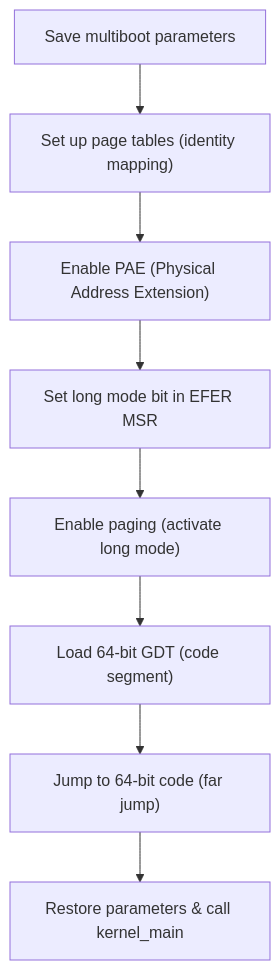
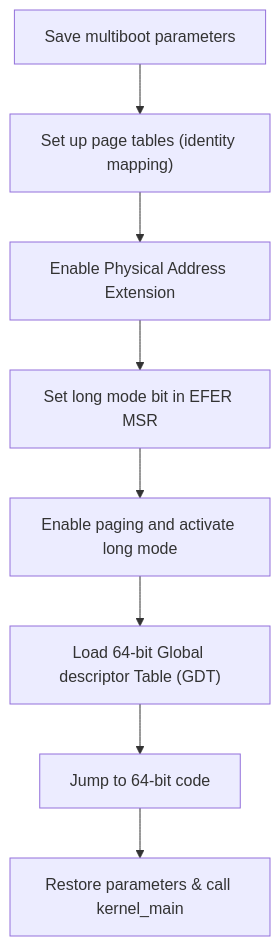
Before and after one commit to FrederikTobner/JANUS: the first of 2 diagrams in book/src/chapter-03-boot-process/boot-assembly-64bit.md, drawn with Mermaid. The commit also changed other lines of this file and 3 other files, not shown here.

````diff
--- a/book/src/chapter-03-boot-process/boot-assembly-64bit.md
+++ b/book/src/chapter-03-boot-process/boot-assembly-64bit.md
@@ -24,18 +32,18 @@
 ```mermaid
 flowchart TD
     step1["Save multiboot parameters"]
     step2["Set up page tables (identity mapping)"]
-    step3["Enable PAE (Physical Address Extension)"]
+    step3["Enable Physical Address Extension"]
     step4["Set long mode bit in EFER MSR"]
-    step5["Enable paging (activate long mode)"]
-    step6["Load 64-bit GDT (code segment)"]
-    step7["Jump to 64-bit code (far jump)"]
+    step5["Enable paging and activate long mode"]
+    step6["Load 64-bit Global descriptor Table (GDT)"]
+    step7["Jump to 64-bit code"]
     step8["Restore parameters & call kernel_main"]
     step1 --> step2
     step2 --> step3
     step3 --> step4
     step4 --> step5
     step5 --> step6
     step6 --> step7
     step7 --> step8
 ```
````
